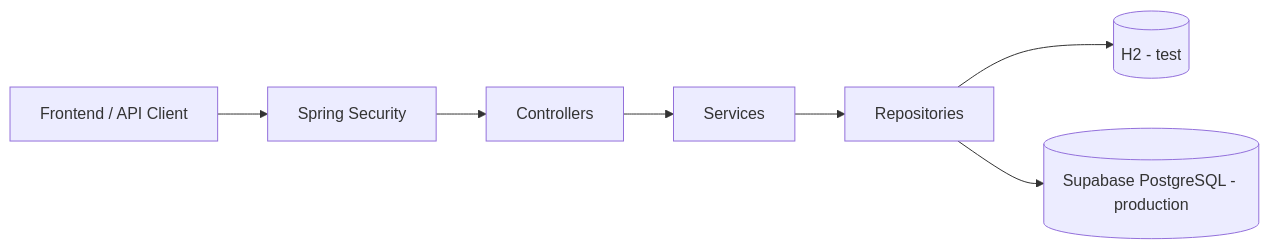
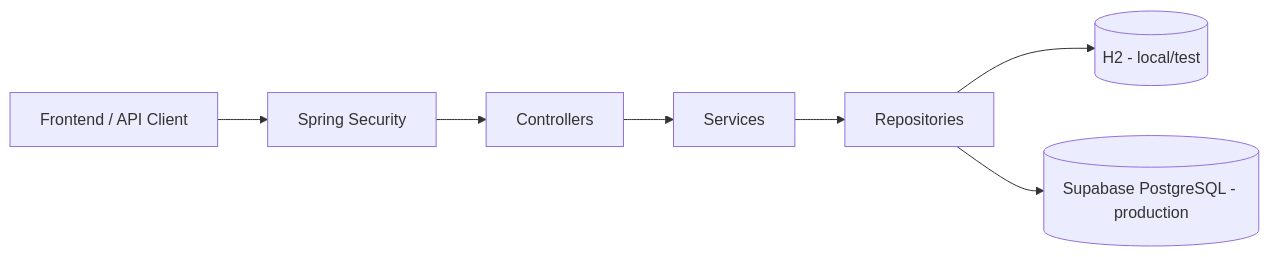
Before and after one commit to mateusribeirocampos/project-spring-boot-dscommerce: the first of 3 diagrams in README.md, drawn with Mermaid. The commit also changed other lines of this file, not shown here.

````diff
--- a/README.md
+++ b/README.md
@@ -27,9 +76,9 @@
 ```mermaid
 flowchart LR
     FE[Frontend / API Client] --> SEC[Spring Security]
     SEC --> CTRL[Controllers]
     CTRL --> SVC[Services]
     SVC --> REPO[Repositories]
-    REPO --> H2[(H2 - test)]
+    REPO --> H2[(H2 - local/test)]
     REPO --> DB[(Supabase PostgreSQL - production)]
 ```
````
